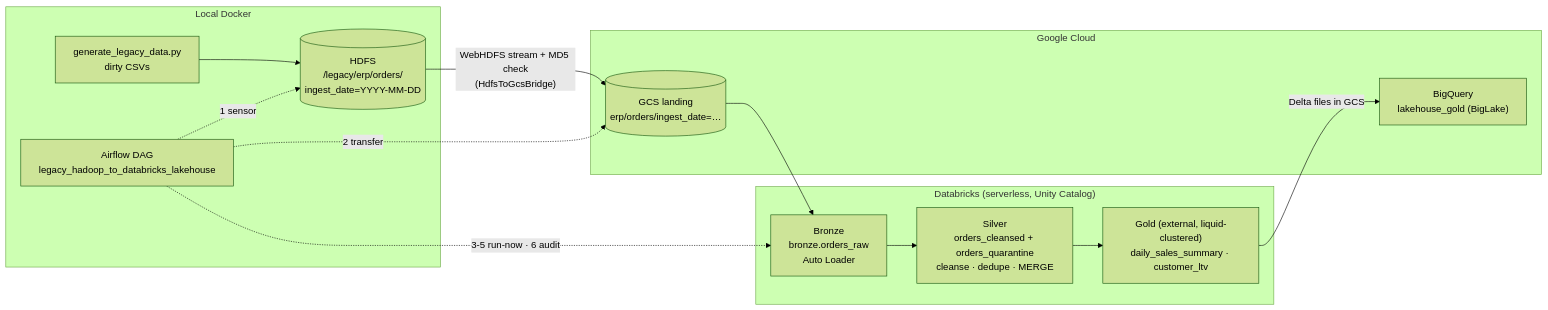
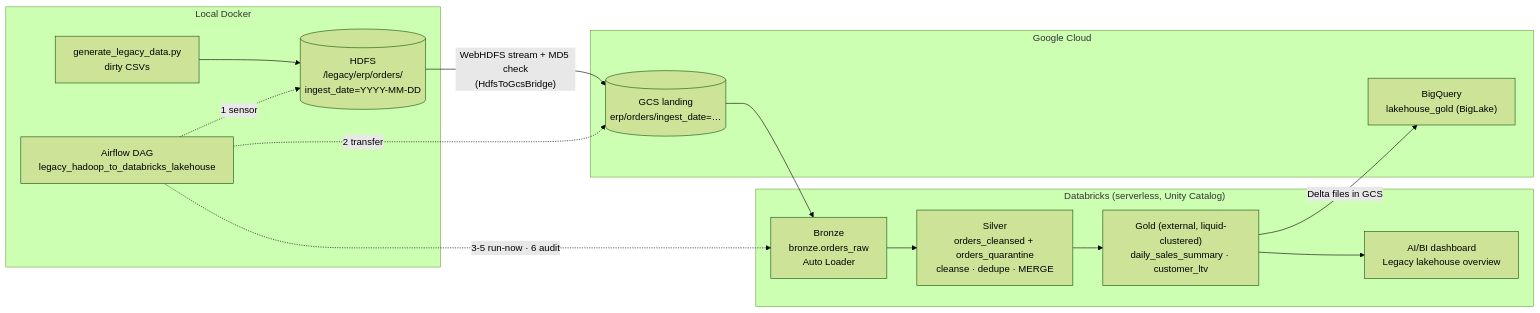
Before and after one commit to praponb/Hadoop-to-Lakehouse: the diagram in README.md, drawn with Mermaid (forest theme). The commit also changed other lines of this file and 2 other files, not shown here.

First line of the commit message:
Record the trial-end teardown and add a project overview to the README

````diff
--- a/README.md
+++ b/README.md
@@ -26,20 +95,21 @@
 ```mermaid
 flowchart LR
     subgraph local["Local Docker"]
         gen["generate_legacy_data.py<br/>dirty CSVs"] --> hdfs[("HDFS<br/>/legacy/erp/orders/<br/>ingest_date=YYYY-MM-DD")]
         af["Airflow DAG<br/>legacy_hadoop_to_databricks_lakehouse"]
     end
     subgraph gcp["Google Cloud"]
         landing[("GCS landing<br/>erp/orders/ingest_date=…")]
         bq["BigQuery<br/>lakehouse_gold (BigLake)"]
     end
     subgraph dbx["Databricks (serverless, Unity Catalog)"]
         bronze["Bronze<br/>bronze.orders_raw<br/>Auto Loader"] --> silver["Silver<br/>orders_cleansed + orders_quarantine<br/>cleanse · dedupe · MERGE"] --> gold["Gold (external, liquid-clustered)<br/>daily_sales_summary · customer_ltv"]
+        gold --> dash["AI/BI dashboard<br/>Legacy lakehouse overview"]
     end
     hdfs -- "WebHDFS stream + MD5 check<br/>(HdfsToGcsBridge)" --> landing
     landing --> bronze
     gold -- "Delta files in GCS" --> bq
     af -. "1 sensor" .-> hdfs
     af -. "2 transfer" .-> landing
     af -. "3-5 run-now · 6 audit" .-> bronze
 ```
````
